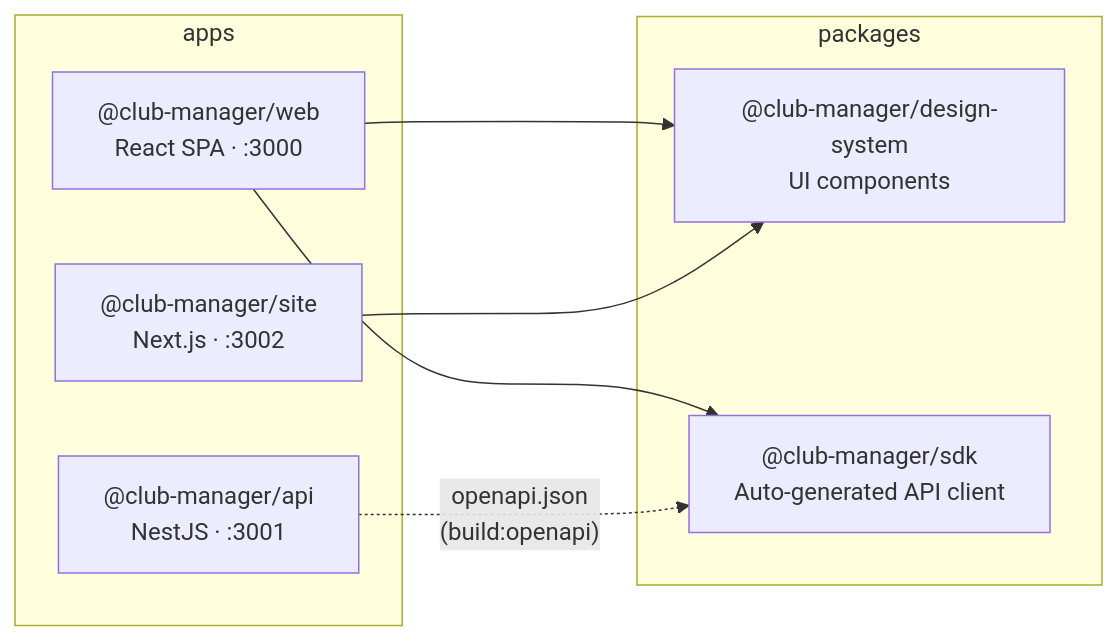
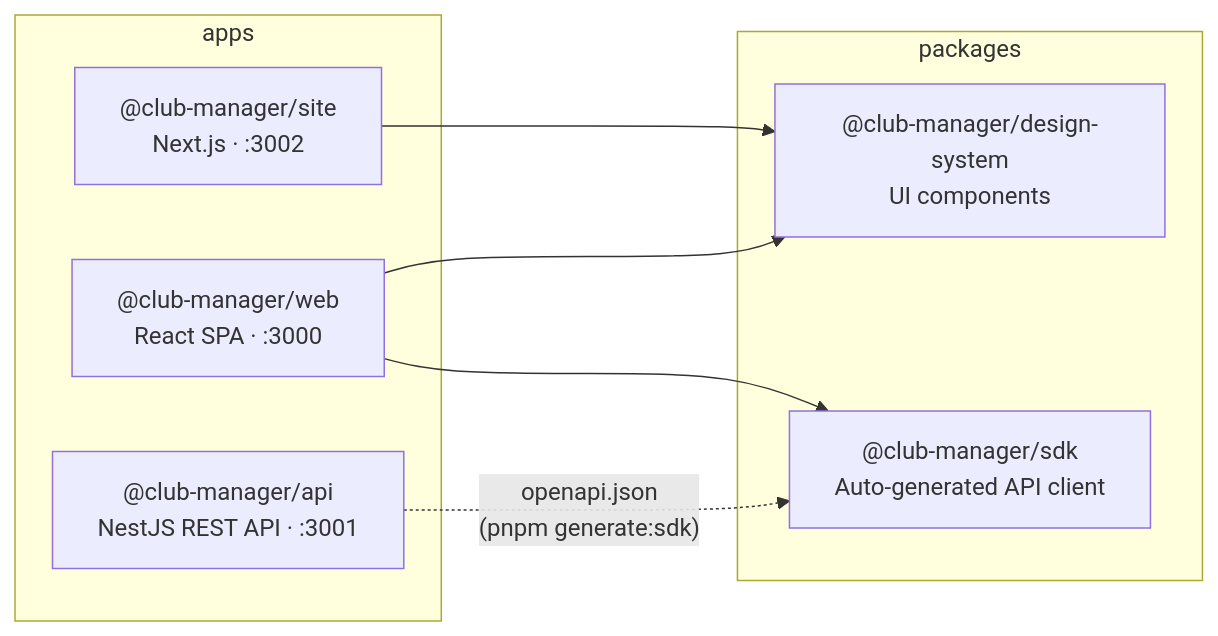
Before and after one commit to luisgrandegg/club-manager: the first of 4 diagrams in docs/architecture.md, drawn with Mermaid. The commit also changed other lines of this file and 3 other files, not shown here.

First line of the commit message:
feat: auto-generate architecture diagram on every commit

````diff
--- a/docs/architecture.md
+++ b/docs/architecture.md
@@ -11,18 +12,18 @@
 ```mermaid
 graph LR
     subgraph apps
+        api["@club-manager/api\nNestJS REST API · :3001"]
+        site["@club-manager/site\nNext.js · :3002"]
         web["@club-manager/web\nReact SPA · :3000"]
-        site["@club-manager/site\nNext.js · :3002"]
-        api["@club-manager/api\nNestJS · :3001"]
     end
 
     subgraph packages
-        ds["@club-manager/design-system\nUI components"]
+        design-system["@club-manager/design-system\nUI components"]
         sdk["@club-manager/sdk\nAuto-generated API client"]
     end
 
-    web --> ds
+    site --> design-system
+    web --> design-system
     web --> sdk
-    site --> ds
-    api -. "openapi.json\n(build:openapi)" .-> sdk
+    api -. "openapi.json\n(pnpm generate:sdk)" .-> sdk
 ```
````
